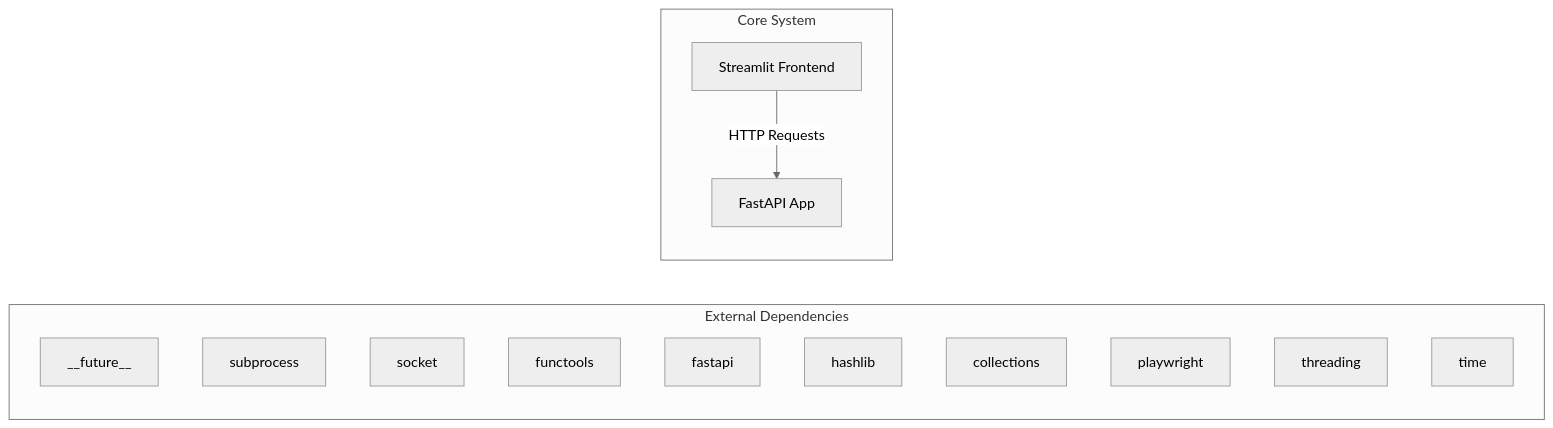
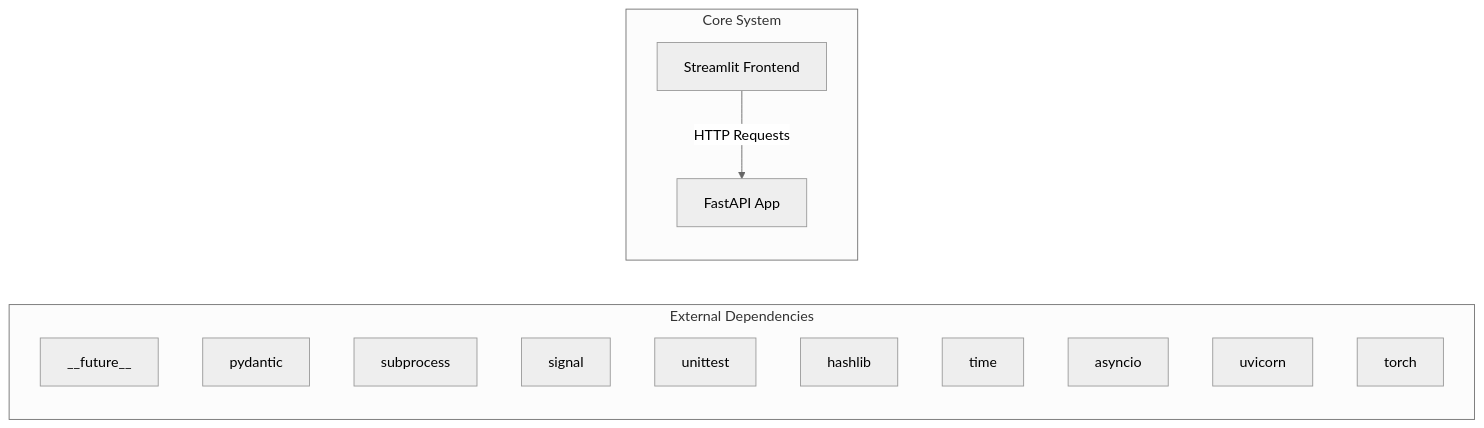
The first of 2 diagrams in docs/architecture.md (NITISH-R-G/rag-context-optimizer), drawn with Mermaid (neutral theme) before and after one commit. The commit also changed 1 other file, not shown here.

Commit message:
docs: auto-update repository knowledge, architecture diagrams, and documentation

````diff
--- a/docs/architecture.md
+++ b/docs/architecture.md
@@ -7,20 +7,20 @@
 ```mermaid
 graph LR
     subgraph External Dependencies
         E0["__future__"]
-        E1["subprocess"]
-        E2["socket"]
-        E3["functools"]
-        E4["fastapi"]
+        E1["pydantic"]
+        E2["subprocess"]
+        E3["signal"]
+        E4["unittest"]
         E5["hashlib"]
-        E6["collections"]
-        E7["playwright"]
-        E8["threading"]
-        E9["time"]
+        E6["time"]
+        E7["asyncio"]
+        E8["uvicorn"]
+        E9["torch"]
     end
     subgraph Core System
         API["FastAPI App"]
         UI["Streamlit Frontend"]
     end
     UI -->|HTTP Requests| API
 ```
````
